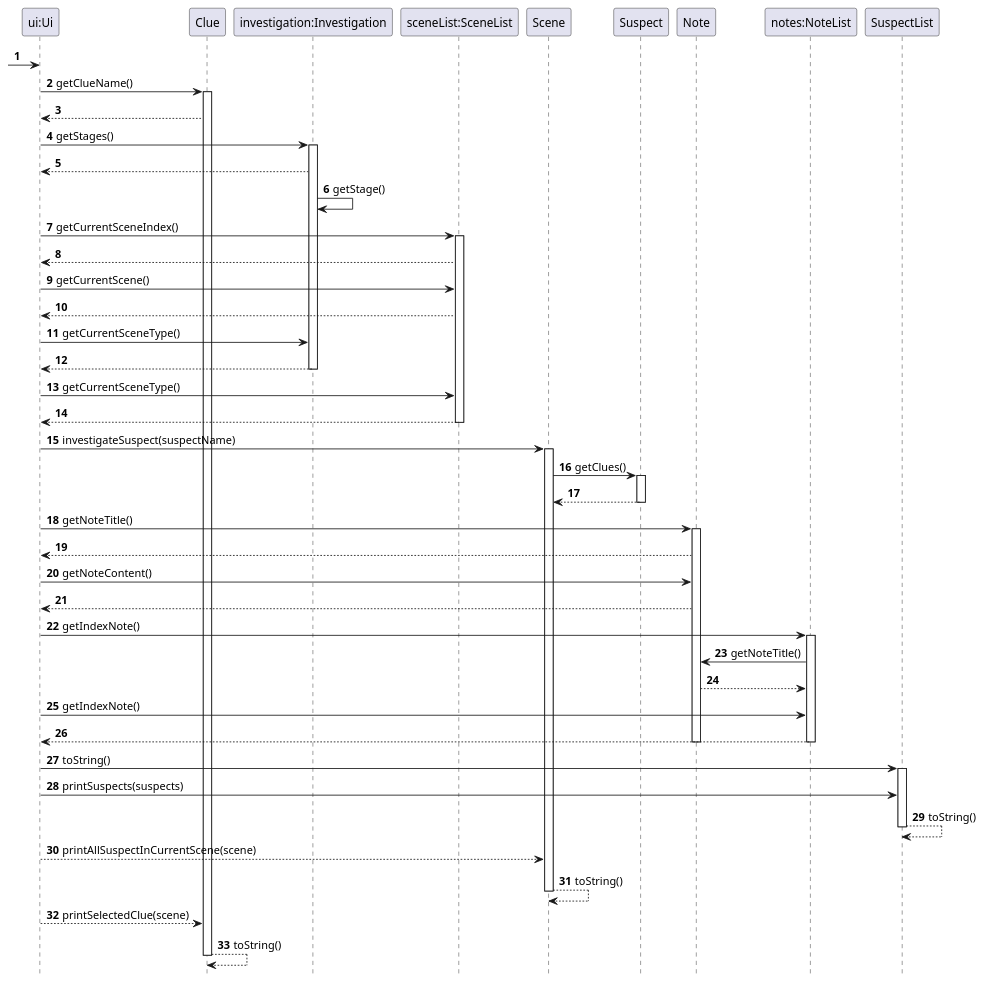
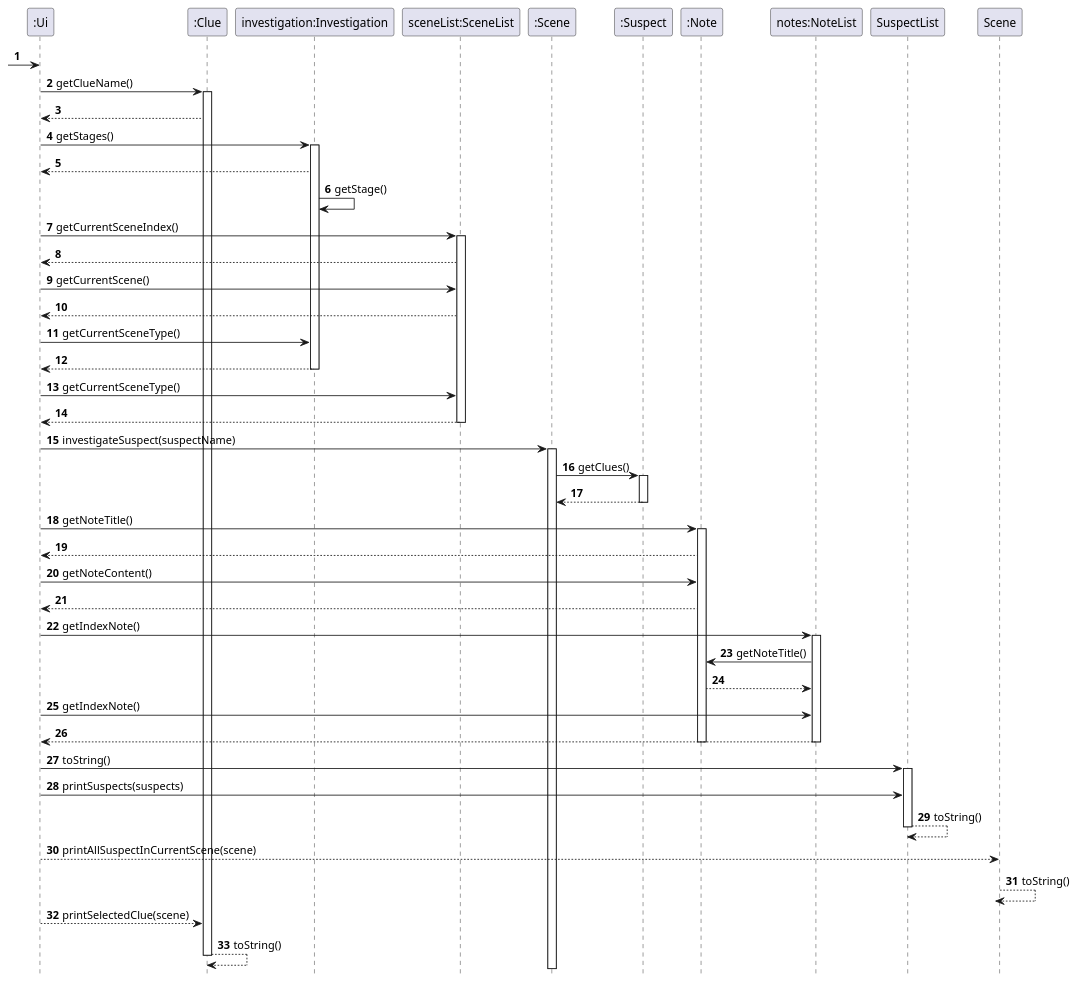
The diagram in docs/UiUML.puml (peng-217/tp), drawn with PlantUML before and after one commit. The commit also changed 1 other file, not shown here.

Commit message:
Update Ui UML

```diff
--- a/docs/UiUML.puml
+++ b/docs/UiUML.puml
@@ -1,63 +1,63 @@
 @startuml
 'https://plantuml.com/sequence-diagram
 
 autonumber
 hide footbox
 
- ->"ui:Ui":
-"ui:Ui" -> Clue:getClueName()
-activate Clue
-Clue --> "ui:Ui"
-"ui:Ui" -> "investigation:Investigation" : getStages()
+ ->":Ui":
+":Ui" -> ":Clue":getClueName()
+activate ":Clue"
+":Clue" --> ":Ui"
+":Ui" -> "investigation:Investigation" : getStages()
 activate "investigation:Investigation"
-"investigation:Investigation" --> "ui:Ui"
+"investigation:Investigation" --> ":Ui"
 "investigation:Investigation" -> "investigation:Investigation":getStage()
-"ui:Ui" -> "sceneList:SceneList":getCurrentSceneIndex()
+":Ui" -> "sceneList:SceneList":getCurrentSceneIndex()
 activate "sceneList:SceneList"
-"sceneList:SceneList" --> "ui:Ui"
-"ui:Ui" -> "sceneList:SceneList":getCurrentScene()
-"sceneList:SceneList" --> "ui:Ui"
-"ui:Ui" -> "investigation:Investigation":getCurrentSceneType()
+"sceneList:SceneList" --> ":Ui"
+":Ui" -> "sceneList:SceneList":getCurrentScene()
+"sceneList:SceneList" --> ":Ui"
+":Ui" -> "investigation:Investigation":getCurrentSceneType()
 
-"investigation:Investigation" --> "ui:Ui"
+"investigation:Investigation" --> ":Ui"
 deactivate "investigation:Investigation"
-"ui:Ui" -> "sceneList:SceneList":getCurrentSceneType()
-"sceneList:SceneList"-->"ui:Ui"
+":Ui" -> "sceneList:SceneList":getCurrentSceneType()
+"sceneList:SceneList"-->":Ui"
 deactivate "sceneList:SceneList"
-"ui:Ui" -> Scene:investigateSuspect(suspectName)
-activate Scene
-Scene -> Suspect:getClues()
-activate Suspect
-Suspect-->Scene
-deactivate Suspect
-"ui:Ui" -> Note: getNoteTitle()
-activate Note
-Note --> "ui:Ui"
-"ui:Ui"-> Note: getNoteContent()
-Note --> "ui:Ui"
-"ui:Ui" -> "notes:NoteList":getIndexNote()
+":Ui" -> ":Scene":investigateSuspect(suspectName)
+activate ":Scene"
+":Scene"-> ":Suspect":getClues()
+activate ":Suspect"
+":Suspect"-->":Scene"
+deactivate ":Suspect"
+":Ui" -> ":Note": getNoteTitle()
+activate ":Note"
+":Note"--> ":Ui"
+":Ui"-> ":Note": getNoteContent()
+":Note" --> ":Ui"
+":Ui" -> "notes:NoteList":getIndexNote()
 activate "notes:NoteList"
-"notes:NoteList" -> Note: getNoteTitle()
-Note --> "notes:NoteList"
-"ui:Ui" -> "notes:NoteList":getIndexNote()
-"notes:NoteList" --> "ui:Ui"
+"notes:NoteList" ->":Note": getNoteTitle()
+":Note" --> "notes:NoteList"
+":Ui" -> "notes:NoteList":getIndexNote()
+"notes:NoteList" --> ":Ui"
 
-deactivate Note
+deactivate ":Note"
 deactivate "notes:NoteList"
-"ui:Ui"-> SuspectList:toString()
+":Ui"-> SuspectList:toString()
 activate SuspectList
 
-"ui:Ui" -> SuspectList:printSuspects(suspects)
+":Ui" -> SuspectList:printSuspects(suspects)
 SuspectList --> SuspectList:toString()
 deactivate SuspectList
-"ui:Ui" --> Scene:printAllSuspectInCurrentScene(scene)
+":Ui" --> Scene:printAllSuspectInCurrentScene(scene)
 Scene --> Scene: toString()
 deactivate Scene
-"ui:Ui" --> Clue:printSelectedClue(scene)
-Clue --> Clue: toString()
-deactivate Clue
+":Ui" --> ":Clue":printSelectedClue(scene)
+":Clue" --> ":Clue": toString()
+deactivate ":Clue"
 
 
 
 
 @enduml
```
